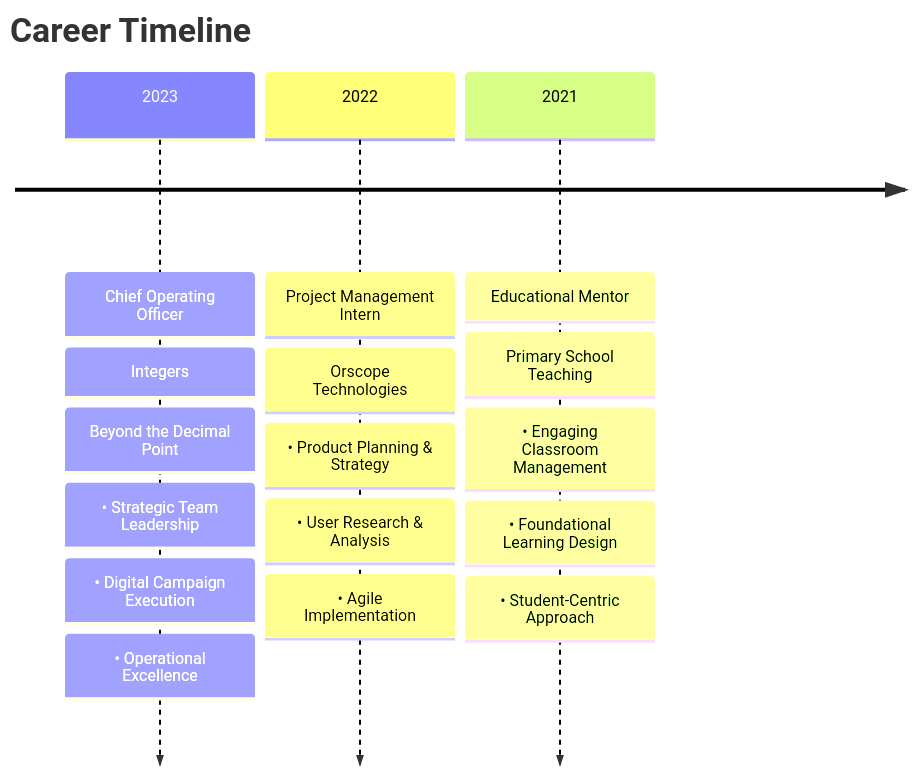
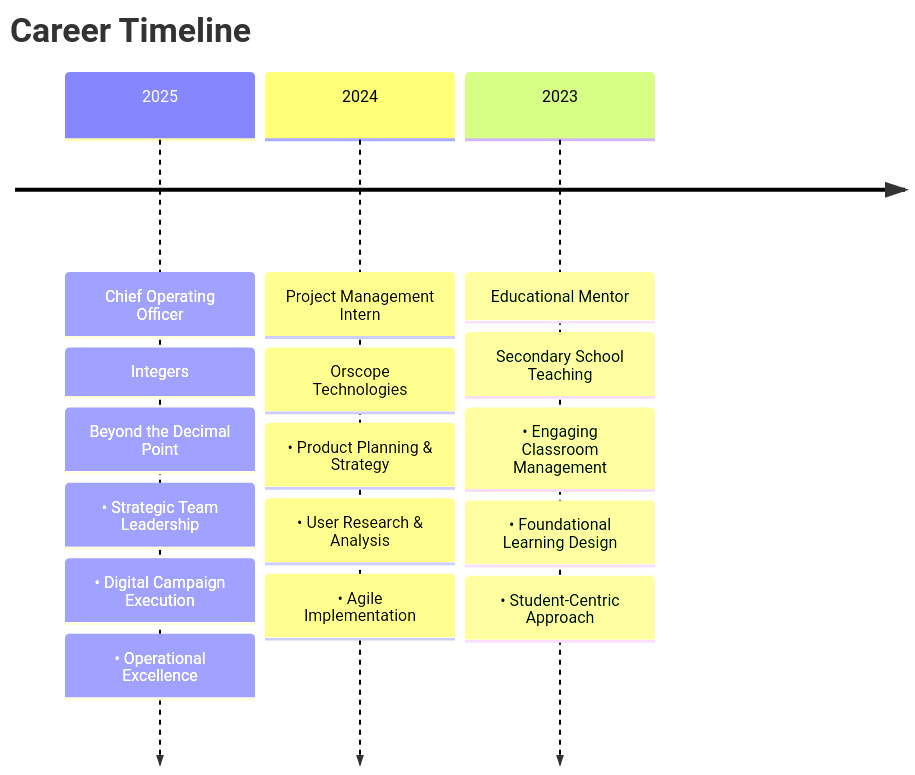
One commit to Dg6969/Dg6969 changed the diagram in README.md. Above: the diagram before and after it, drawn with Mermaid. The commit also changed other lines of this file, not shown here.

````diff
--- a/README.md
+++ b/README.md
@@ -169,22 +163,22 @@
 ```mermaid
 timeline
     title Career Timeline
     
-    2023 : Chief Operating Officer
+    2025 : Chief Operating Officer
          : Integers: Beyond the Decimal Point
          : • Strategic Team Leadership
          : • Digital Campaign Execution
          : • Operational Excellence
     
-    2022 : Project Management Intern
+    2024 : Project Management Intern
          : Orscope Technologies
          : • Product Planning & Strategy
          : • User Research & Analysis
          : • Agile Implementation
     
-    2021 : Educational Mentor
-         : Primary School Teaching
+    2023 : Educational Mentor
+         : Secondary School Teaching
          : • Engaging Classroom Management
          : • Foundational Learning Design
          : • Student-Centric Approach
 ```
````
